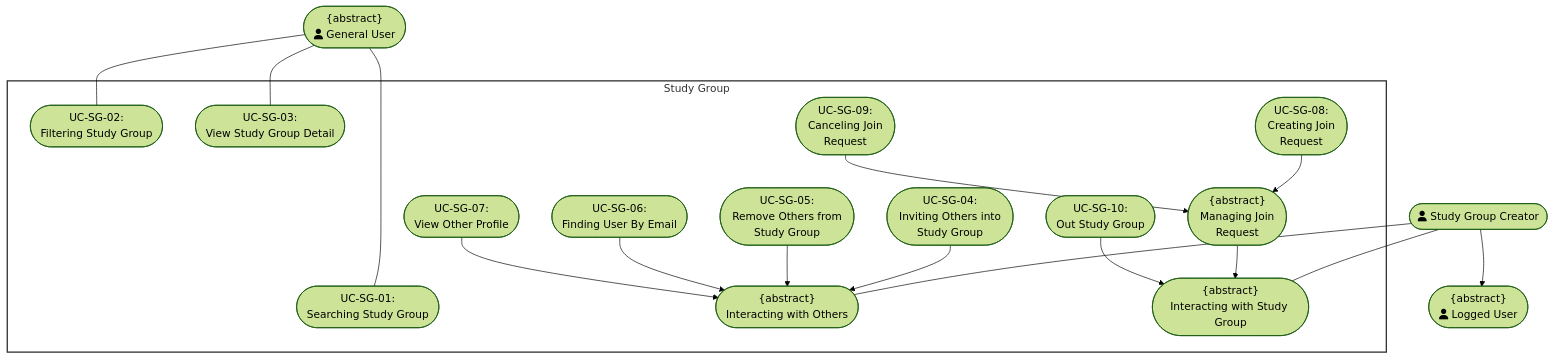
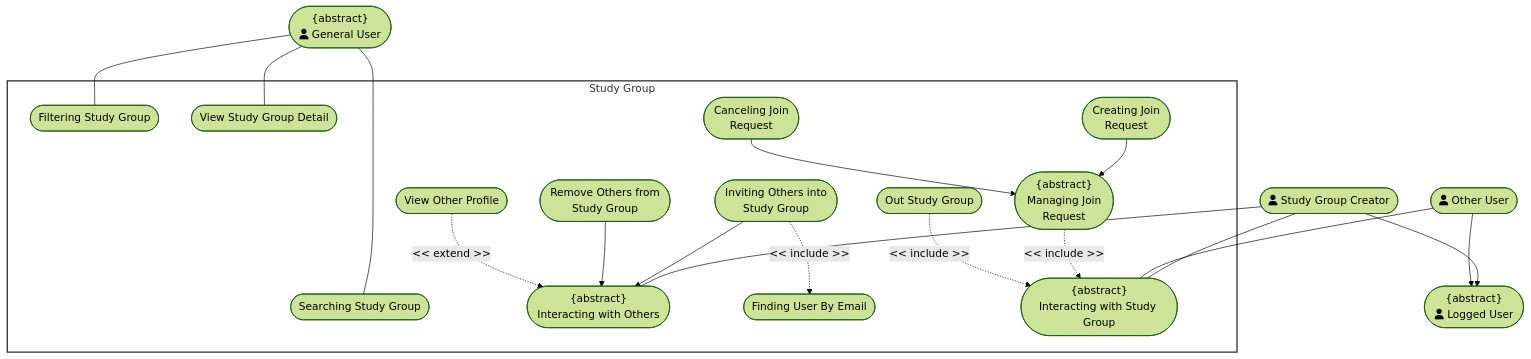
One commit to DuyNhat1705/AmeThyst-Library changed the sixth of 9 diagrams in docs/management/PA3/Use-CaseDiagram.md. Above: the diagram before and after it, drawn with Mermaid (forest theme). The commit also changed other lines of this file and 5 other files, not shown here.

Commit message:
update usecase diagram for PA4

````diff
--- a/docs/management/PA3/Use-CaseDiagram.md
+++ b/docs/management/PA3/Use-CaseDiagram.md
@@ -271,34 +261,40 @@
 ```mermaid
 flowchart TD
  subgraph StudyGroup["Study Group"]
-        UC1(["<center>UC-SG-01:<br>Searching Study Group</center>"])
-        UC2(["<center>UC-SG-02:<br>Filtering Study Group</center>"])
-        UC3(["<center>UC-SG-03:<br>View Study Group Detail</center>"])
-        UC5(["<center>UC-SG-04:<br>Inviting Others into<br>Study Group</center>"])
+        UC1(["Searching Study Group"])
+        UC2(["Filtering Study Group"])
+        UC3(["View Study Group Detail"])
+        UC5(["Inviting Others into<br>Study Group"])
         UC4(["<center>{abstract}<br>Interacting with Others</center>"])
-        UC6(["<center>UC-SG-05:<br>Remove Others from<br>Study Group</center>"])
-        UC7(["<center>UC-SG-06:<br>Finding User By Email</center>"])
-        UC8(["<center>UC-SG-07:<br>View Other Profile</center>"])
+        UC6(["Remove Others from<br>Study Group"])
+        UC7(["Finding User By Email"])
+        UC8(["View Other Profile"])
         UC9(["<center>{abstract}<br>Interacting with Study Group</center>"])
         UC10(["<center>{abstract}<br>Managing Join<br>Request</center>"])
-        UC11(["<center>UC-SG-08:<br>Creating Join<br>Request</center>"])
-        UC12(["<center>UC-SG-09:<br>Canceling Join<br>Request</center>"])
-        UC13(["<center>UC-SG-10:<br>Out Study Group</center>"])
+        UC11(["<center>Creating Join<br>Request</center>"])
+        UC12(["<center>Canceling Join<br>Request</center>"])
+        UC13(["Out Study Group"])
   end
-    StudyGroupCreator(["<center>fa:fa-user Study Group Creator</center>"]) --> User(["<center>{abstract}<br>fa:fa-user Logged User</center>"])
+    StudyGroupCreator(["fa:fa-user Study Group Creator"]) --> User(["<center>{abstract}<br>fa:fa-user Logged User</center>"])
+    OtherUser(["fa:fa-user Other User"]) --> User
     GeneralUser(["<center>{abstract}<br>fa:fa-user General User</center>"]) ~~~ StudyGroupCreator
     StudyGroupCreator ~~~ User
     GeneralUser ~~~~~ StudyGroup
     GeneralUser --- UC1 & UC2 & UC3
     StudyGroupCreator --- UC4 & UC9
+    OtherUser --- UC9
+
+    %% Generalization (Specific -> Abstract)
     UC5 --> UC4
     UC6 --> UC4
-    UC7 --> UC4
-    UC8 --> UC4
-    UC10 --> UC9
-    UC13 --> UC9
     UC11 --> UC10
     UC12 --> UC10
 
+    %% Includes & Extends (Fixed from misuse of generalization)
+    UC5 -. "<< include >>" .-> UC7
+    UC8 -. "<< extend >>" .-> UC4
+    UC10 -. "<< include >>" .-> UC9
+    UC13 -. "<< include >>" .-> UC9
+
     style StudyGroup fill:#fff,stroke:#333,stroke-width:2px
 ```
````
